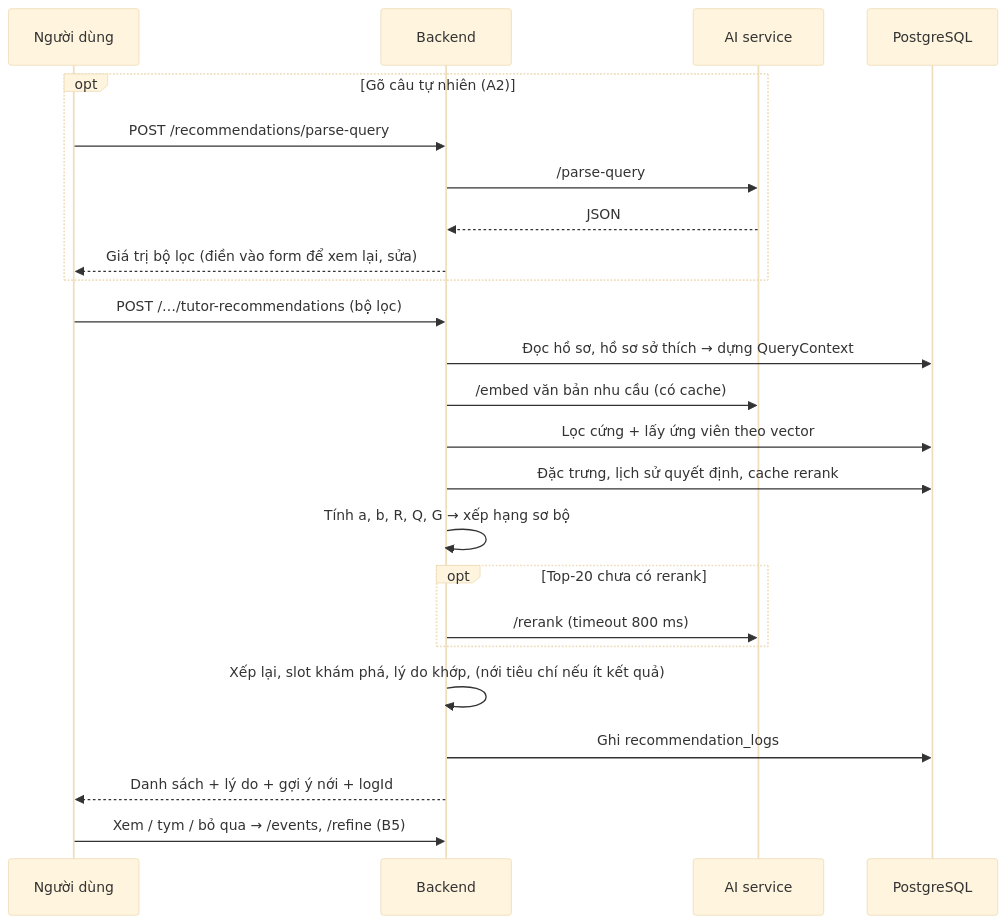
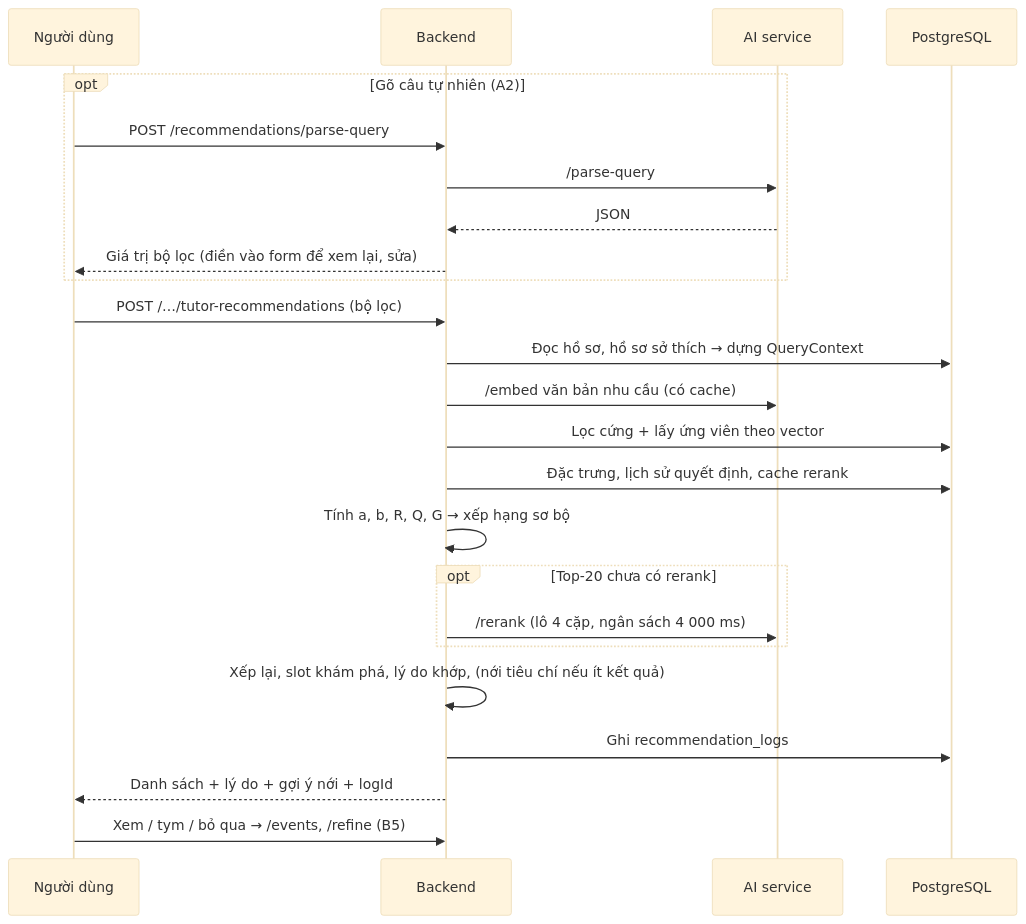
One commit to Vankheeng/ptutor changed the second of 2 diagrams in docs/recommendation/02-kien-truc.md. Above: the diagram before and after it, drawn with Mermaid (base theme). The commit also changed other lines of this file and 2 other files, not shown here.

Commit message:
docs(recommendation): add rerank implementation notes and measurements

````diff
--- a/docs/recommendation/02-kien-truc.md
+++ b/docs/recommendation/02-kien-truc.md
@@ -90,27 +90,27 @@
 ```mermaid
 sequenceDiagram
     participant U as Người dùng
     participant API as Backend
     participant AI as AI service
     participant DB as PostgreSQL
 
     opt Gõ câu tự nhiên (A2)
         U->>API: POST /recommendations/parse-query
         API->>AI: /parse-query
         AI-->>API: JSON
         API-->>U: Giá trị bộ lọc (điền vào form để xem lại, sửa)
     end
     U->>API: POST /…/tutor-recommendations (bộ lọc)
     API->>DB: Đọc hồ sơ, hồ sơ sở thích → dựng QueryContext
     API->>AI: /embed văn bản nhu cầu (có cache)
     API->>DB: Lọc cứng + lấy ứng viên theo vector
     API->>DB: Đặc trưng, lịch sử quyết định, cache rerank
     API->>API: Tính a, b, R, Q, G → xếp hạng sơ bộ
     opt Top-20 chưa có rerank
-        API->>AI: /rerank (timeout 800 ms)
+        API->>AI: /rerank (lô 4 cặp, ngân sách 4 000 ms)
     end
     API->>API: Xếp lại, slot khám phá, lý do khớp, (nới tiêu chí nếu ít kết quả)
     API->>DB: Ghi recommendation_logs
     API-->>U: Danh sách + lý do + gợi ý nới + logId
     U->>API: Xem / tym / bỏ qua → /events, /refine (B5)
 ```
````
